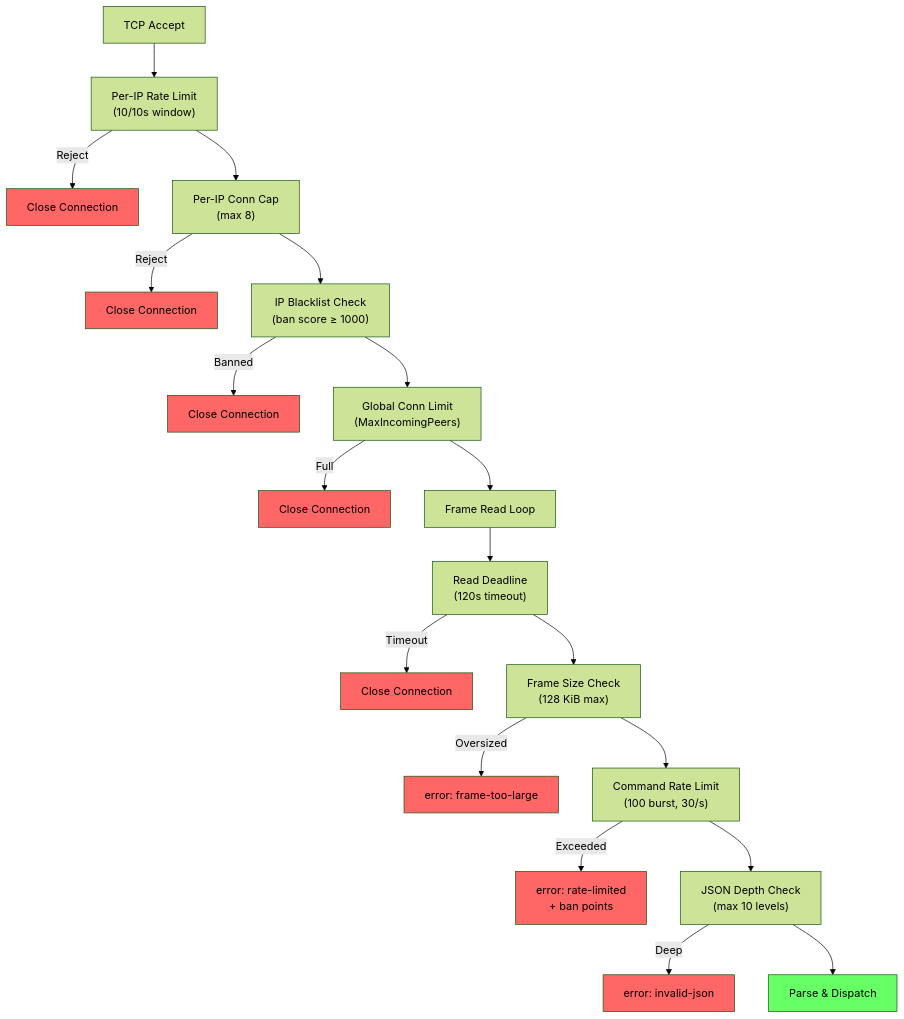
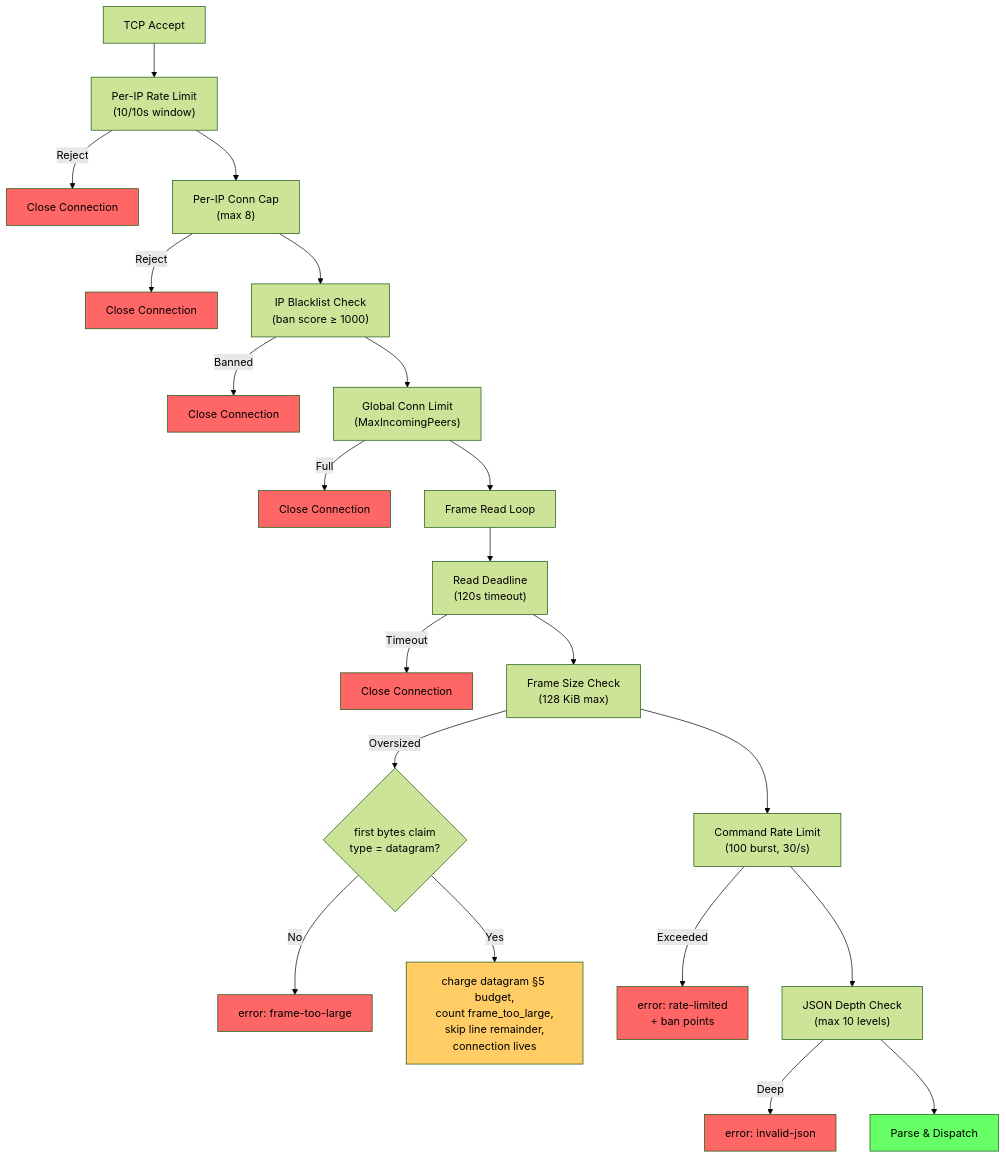
Before and after one commit to piratecash/corsa: the first of 4 diagrams in docs/protocol/network_security.md, drawn with Mermaid (forest theme). The commit also changed other lines of this file and 181 other files, not shown here.

````diff
--- a/docs/protocol/network_security.md
+++ b/docs/protocol/network_security.md
@@ -131,31 +262,34 @@
 ```mermaid
 graph TB
     TCP["TCP Accept"] --> ConnRate["Per-IP Rate Limit<br/>(10/10s window)"]
     ConnRate -->|Reject| Drop1["Close Connection"]
     ConnRate --> IPCap["Per-IP Conn Cap<br/>(max 8)"]
     IPCap -->|Reject| Drop2["Close Connection"]
     IPCap --> Blacklist["IP Blacklist Check<br/>(ban score ≥ 1000)"]
     Blacklist -->|Banned| Drop3["Close Connection"]
     Blacklist --> GlobalCap["Global Conn Limit<br/>(MaxIncomingPeers)"]
     GlobalCap -->|Full| Drop4["Close Connection"]
     GlobalCap --> ReadLoop["Frame Read Loop"]
     ReadLoop --> Deadline["Read Deadline<br/>(120s timeout)"]
     Deadline -->|Timeout| Drop5["Close Connection"]
     Deadline --> SizeLimit["Frame Size Check<br/>(128 KiB max)"]
-    SizeLimit -->|Oversized| Drop6["error: frame-too-large"]
+    SizeLimit -->|Oversized| Claim{"first bytes claim<br/>type = datagram?"}
+    Claim -->|No| Drop6["error: frame-too-large"]
+    Claim -->|Yes| DgDrop["charge datagram §5 budget,<br/>count frame_too_large,<br/>skip line remainder,<br/>connection lives"]
     SizeLimit --> CmdRate["Command Rate Limit<br/>(100 burst, 30/s)"]
     CmdRate -->|Exceeded| Drop7["error: rate-limited<br/>+ ban points"]
     CmdRate --> JSONDepth["JSON Depth Check<br/>(max 10 levels)"]
     JSONDepth -->|Deep| Drop8["error: invalid-json"]
     JSONDepth --> Parse["Parse & Dispatch"]
 
     style Drop1 fill:#ff6666
     style Drop2 fill:#ff6666
     style Drop3 fill:#ff6666
     style Drop4 fill:#ff6666
     style Drop5 fill:#ff6666
     style Drop6 fill:#ff6666
     style Drop7 fill:#ff6666
     style Drop8 fill:#ff6666
+    style DgDrop fill:#ffcc66
     style Parse fill:#66ff66
 ```
````
